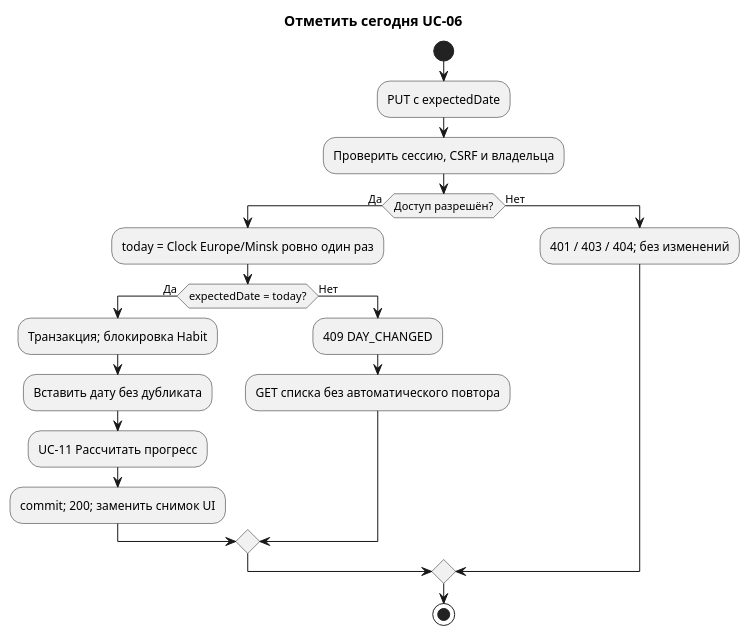
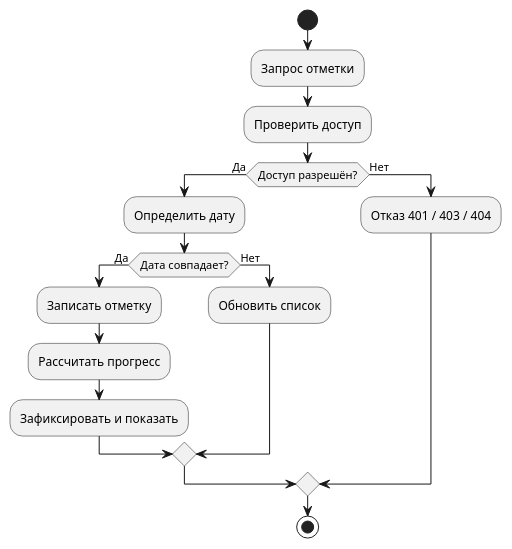
One commit to ysayonnar/SDLC changed the diagram in uml/models/activity-complete-today.puml. Above: the diagram before and after it, drawn with PlantUML. The commit also changed 29 other files, not shown here.

```diff
--- a/uml/models/activity-complete-today.puml
+++ b/uml/models/activity-complete-today.puml
@@ -1,25 +1,21 @@
 @startuml
 skinparam monochrome true
 skinparam shadowing false
 skinparam defaultFontName Arial
-skinparam BackgroundColor white
-title Отметить сегодня UC-06
 start
-:PUT с expectedDate;
-:Проверить сессию, CSRF и владельца;
+:Запрос отметки;
+:Проверить доступ;
 if (Доступ разрешён?) then (Да)
- :today = Clock Europe/Minsk ровно один раз;
- if (expectedDate = today?) then (Да)
-  :Транзакция; блокировка Habit;
-  :Вставить дату без дубликата;
-  :UC-11 Рассчитать прогресс;
-  :commit; 200; заменить снимок UI;
+ :Определить дату;
+ if (Дата совпадает?) then (Да)
+  :Записать отметку;
+  :Рассчитать прогресс;
+  :Зафиксировать и показать;
  else (Нет)
-  :409 DAY_CHANGED;
-  :GET списка без автоматического повтора;
+  :Обновить список;
  endif
 else (Нет)
- :401 / 403 / 404; без изменений;
+ :Отказ 401 / 403 / 404;
 endif
 stop
 @enduml
```
